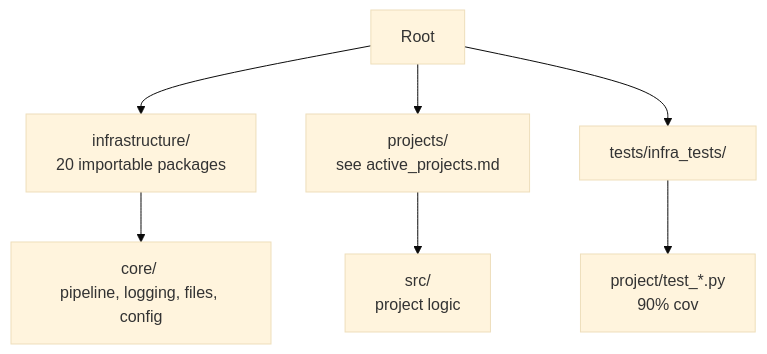
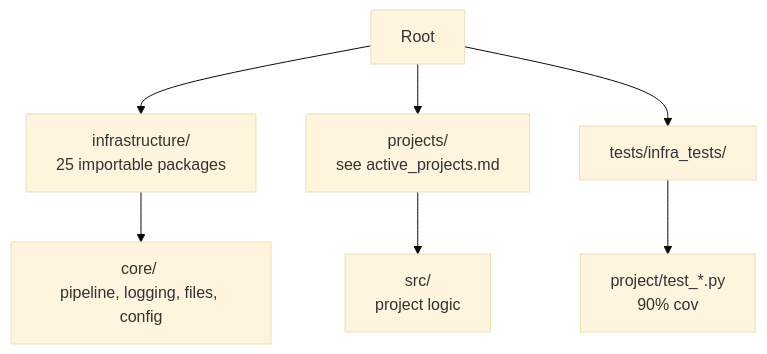
One commit to docxology/template changed the diagram in docs/_generated/COUNTS.md. Above: the diagram before and after it, drawn with Mermaid (base theme). The commit also changed other lines of this file and 76 other files, not shown here.

````diff
--- a/docs/_generated/COUNTS.md
+++ b/docs/_generated/COUNTS.md
@@ -224,9 +235,9 @@
 ```mermaid
 flowchart TD
-    Root[Root] --> Infra[infrastructure/ <br/>20 importable packages]
+    Root[Root] --> Infra[infrastructure/ <br/>25 importable packages]
     Root --> Projects[projects/ <br/>see active_projects.md]
     Root --> Tests[tests/infra_tests/]
     Infra --> Core[core/ <br/>pipeline, logging, files, config]
     Projects --> Src[src/ <br/>project logic]
     Tests --> ProjectTests[project/test_*.py <br/>90% cov]
 ```
````
